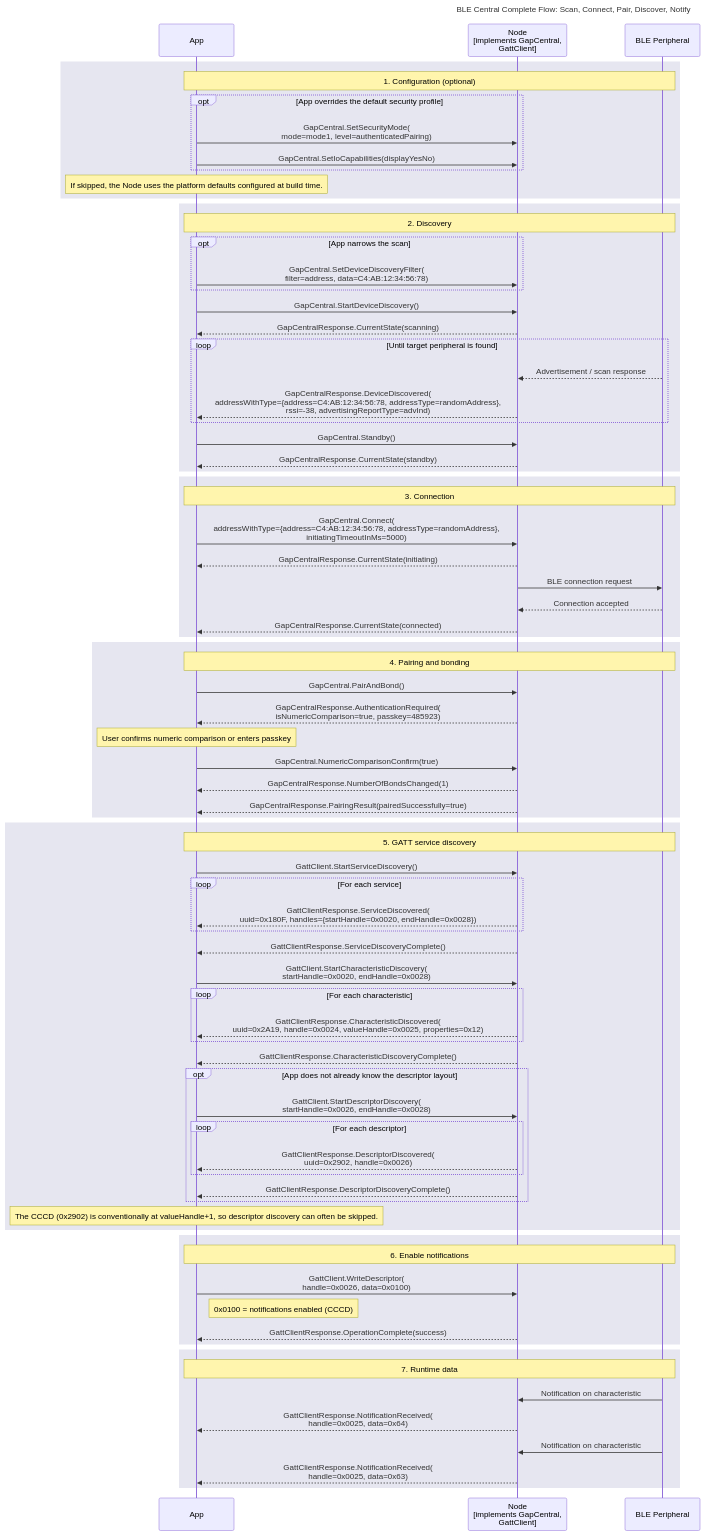
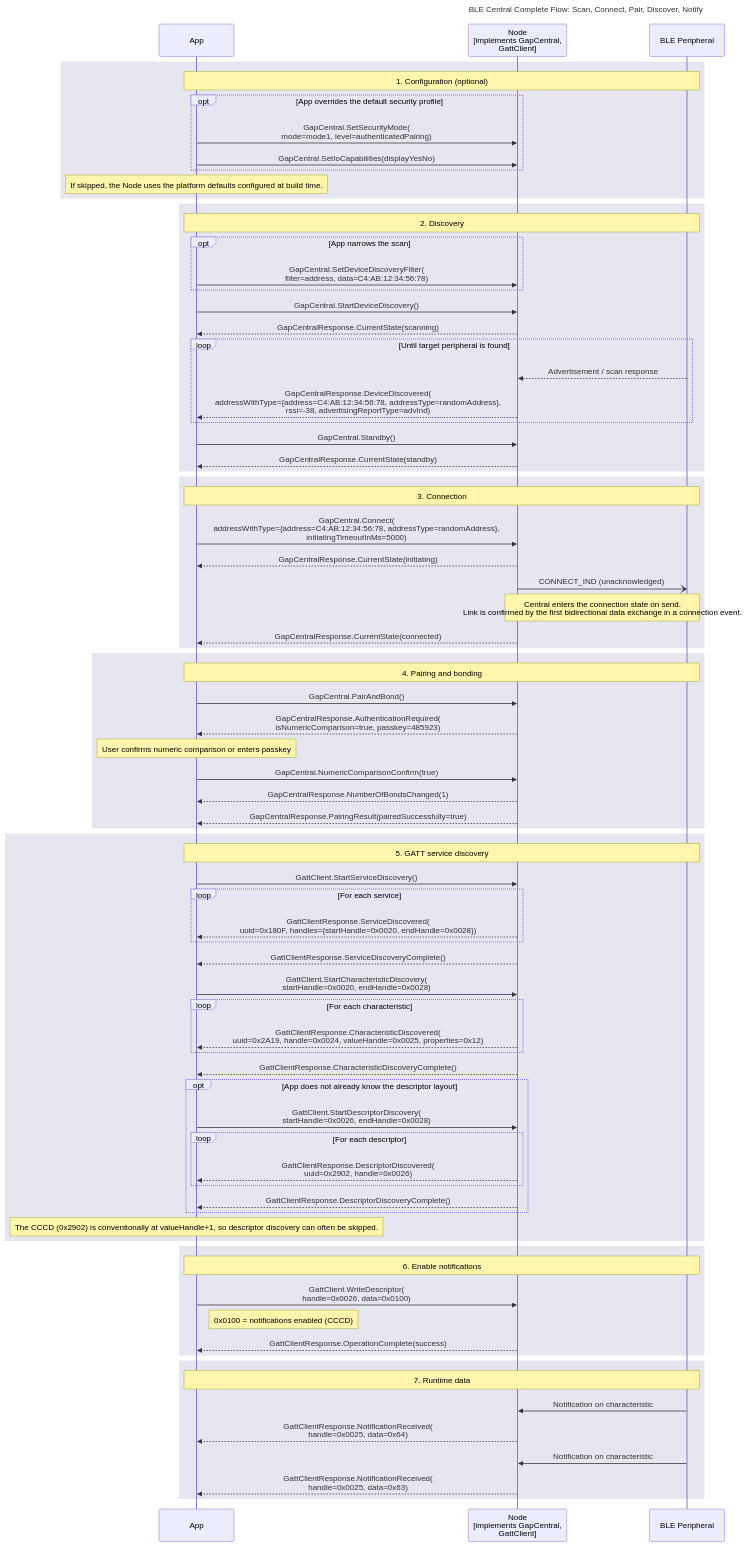
The diagram in documents/modules/ROOT/partials/echoservices/composite_flows/CentralRole_CompleteFlow_sequence.mmd (philips-software/amp-embedded-infra-lib), drawn with Mermaid before and after one commit. The commit also changed 5 other files, not shown here.

Commit message:
CONNECT_IND assumption when connected

```diff
--- a/documents/modules/ROOT/partials/echoservices/composite_flows/CentralRole_CompleteFlow_sequence.mmd
+++ b/documents/modules/ROOT/partials/echoservices/composite_flows/CentralRole_CompleteFlow_sequence.mmd
@@ -1,92 +1,92 @@
 sequenceDiagram
     title BLE Central Complete Flow: Scan, Connect, Pair, Discover, Notify
 
     participant App as App
     participant Node as Node<br>[implements GapCentral,<br>GattClient]
     participant Peripheral as BLE Peripheral
 
     rect rgb(230, 230, 240)
         note over App, Peripheral: 1. Configuration (optional)
         opt App overrides the default security profile
             App->>Node: GapCentral.SetSecurityMode(<br>mode=mode1, level=authenticatedPairing)
             App->>Node: GapCentral.SetIoCapabilities(displayYesNo)
         end
         Note over App: If skipped, the Node uses the platform defaults configured at build time.
     end
 
     rect rgb(230, 230, 240)
         note over App, Peripheral: 2. Discovery
         opt App narrows the scan
             App->>Node: GapCentral.SetDeviceDiscoveryFilter(<br>filter=address, data=C4:AB:12:34:56:78)
         end
         App->>Node: GapCentral.StartDeviceDiscovery()
         Node-->>App: GapCentralResponse.CurrentState(scanning)
 
         loop Until target peripheral is found
             Peripheral-->>Node: Advertisement / scan response
             Node-->>App: GapCentralResponse.DeviceDiscovered(<br>addressWithType={address=C4:AB:12:34:56:78, addressType=randomAddress},<br>rssi=-38, advertisingReportType=advInd)
         end
 
         App->>Node: GapCentral.Standby()
         Node-->>App: GapCentralResponse.CurrentState(standby)
     end
 
     rect rgb(230, 230, 240)
         note over App, Peripheral: 3. Connection
         App->>Node: GapCentral.Connect(<br>addressWithType={address=C4:AB:12:34:56:78, addressType=randomAddress},<br>initiatingTimeoutInMs=5000)
         Node-->>App: GapCentralResponse.CurrentState(initiating)
-        Node->>Peripheral: BLE connection request
-        Peripheral-->>Node: Connection accepted
+        Node-)Peripheral: CONNECT_IND (unacknowledged)
+        Note over Node, Peripheral: Central enters the connection state on send.<br>Link is confirmed by the first bidirectional data exchange in a connection event.
         Node-->>App: GapCentralResponse.CurrentState(connected)
     end
 
     rect rgb(230, 230, 240)
         note over App, Peripheral: 4. Pairing and bonding
         App->>Node: GapCentral.PairAndBond()
         Node-->>App: GapCentralResponse.AuthenticationRequired(<br>isNumericComparison=true, passkey=485923)
 
         Note over App: User confirms numeric comparison or enters passkey
 
         App->>Node: GapCentral.NumericComparisonConfirm(true)
         Node-->>App: GapCentralResponse.NumberOfBondsChanged(1)
         Node-->>App: GapCentralResponse.PairingResult(pairedSuccessfully=true)
     end
 
     rect rgb(230, 230, 240)
         note over App, Peripheral: 5. GATT service discovery
         App->>Node: GattClient.StartServiceDiscovery()
         loop For each service
             Node-->>App: GattClientResponse.ServiceDiscovered(<br>uuid=0x180F, handles={startHandle=0x0020, endHandle=0x0028})
         end
         Node-->>App: GattClientResponse.ServiceDiscoveryComplete()
 
         App->>Node: GattClient.StartCharacteristicDiscovery(<br>startHandle=0x0020, endHandle=0x0028)
         loop For each characteristic
             Node-->>App: GattClientResponse.CharacteristicDiscovered(<br>uuid=0x2A19, handle=0x0024, valueHandle=0x0025, properties=0x12)
         end
         Node-->>App: GattClientResponse.CharacteristicDiscoveryComplete()
 
         opt App does not already know the descriptor layout
             App->>Node: GattClient.StartDescriptorDiscovery(<br>startHandle=0x0026, endHandle=0x0028)
             loop For each descriptor
                 Node-->>App: GattClientResponse.DescriptorDiscovered(<br>uuid=0x2902, handle=0x0026)
             end
             Node-->>App: GattClientResponse.DescriptorDiscoveryComplete()
         end
         Note over App: The CCCD (0x2902) is conventionally at valueHandle+1, so descriptor discovery can often be skipped.
     end
 
     rect rgb(230, 230, 240)
         note over App, Peripheral: 6. Enable notifications
         App->>Node: GattClient.WriteDescriptor(<br>handle=0x0026, data=0x0100)
         Note right of App: 0x0100 = notifications enabled (CCCD)
         Node-->>App: GattClientResponse.OperationComplete(success)
     end
 
     rect rgb(230, 230, 240)
         note over App, Peripheral: 7. Runtime data
         Peripheral->>Node: Notification on characteristic
         Node-->>App: GattClientResponse.NotificationReceived(<br>handle=0x0025, data=0x64)
         Peripheral->>Node: Notification on characteristic
         Node-->>App: GattClientResponse.NotificationReceived(<br>handle=0x0025, data=0x63)
     end
```
